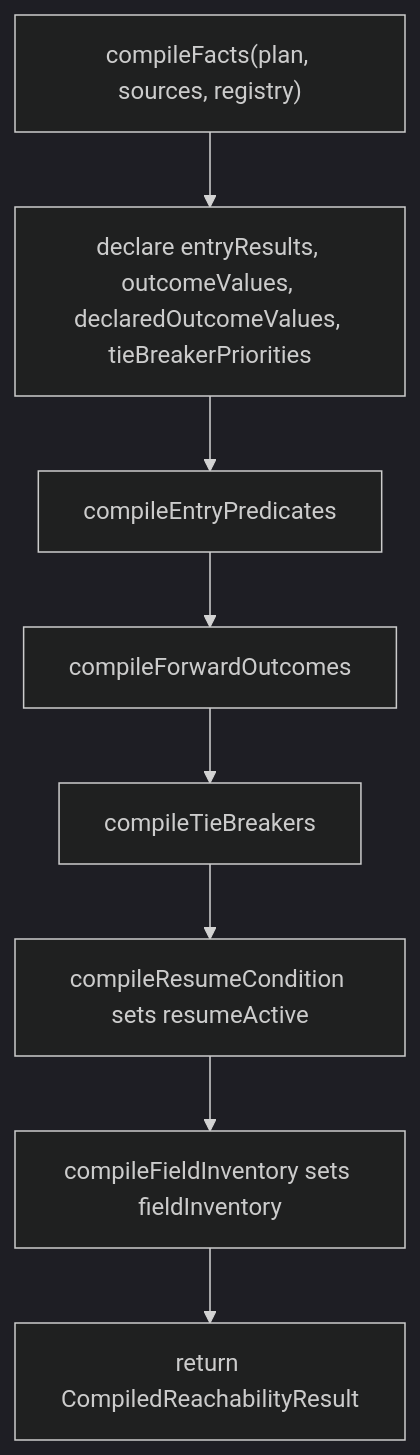
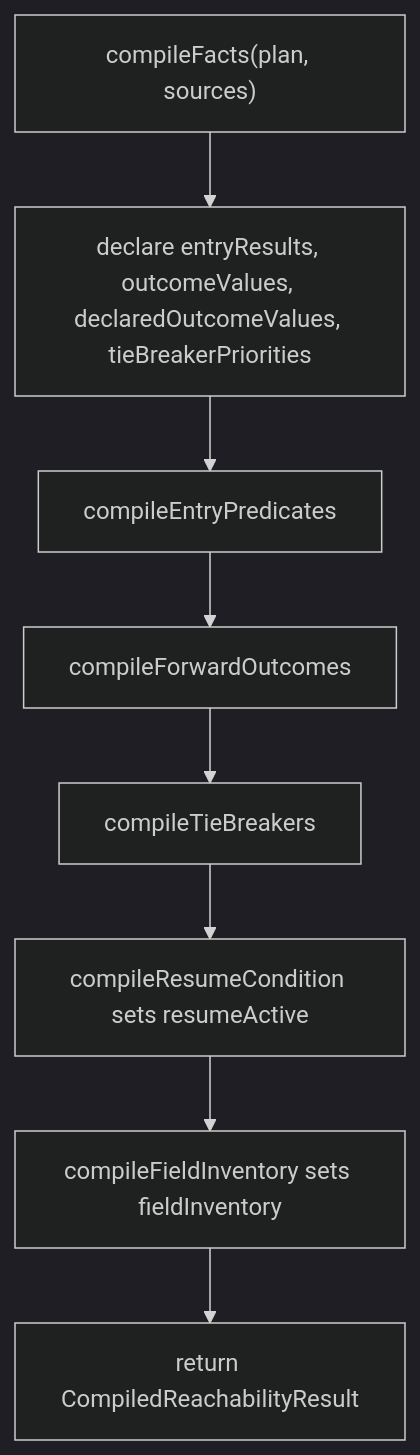
One commit to ministryofjustice/hmpps-forge changed the first of 7 diagrams in packages/forge-core/src/engine/compilation/lowering/phase-compilers/reachability/README.md. Above: the diagram before and after it, drawn with Mermaid (dark theme). The commit also changed other lines of this file and 23 other files, not shown here.

````diff
--- a/packages/forge-core/src/engine/compilation/lowering/phase-compilers/reachability/README.md
+++ b/packages/forge-core/src/engine/compilation/lowering/phase-compilers/reachability/README.md
@@ -44,10 +43,10 @@
 ```mermaid
 flowchart TD
-  start["compileFacts(plan, sources, registry)"] --> arrays["declare entryResults, outcomeValues, declaredOutcomeValues, tieBreakerPriorities"]
+  start["compileFacts(plan, sources)"] --> arrays["declare entryResults, outcomeValues, declaredOutcomeValues, tieBreakerPriorities"]
   arrays --> entry["compileEntryPredicates"]
   entry --> forward["compileForwardOutcomes"]
   forward --> tie["compileTieBreakers"]
   tie --> resume["compileResumeCondition sets resumeActive"]
   resume --> inventory["compileFieldInventory sets fieldInventory"]
   inventory --> ret["return CompiledReachabilityResult"]
 ```
````
